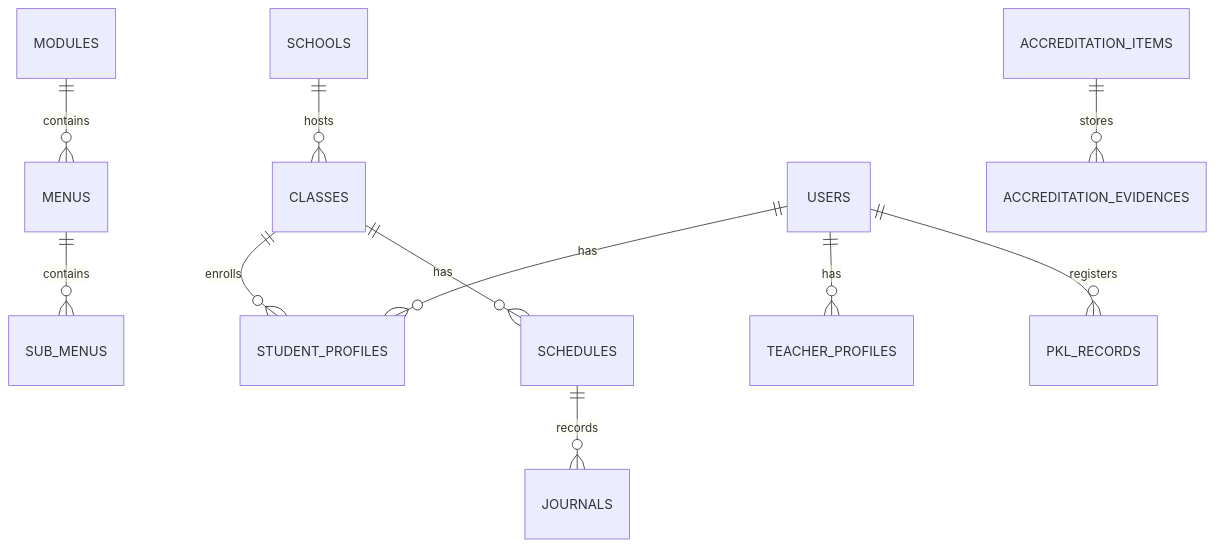
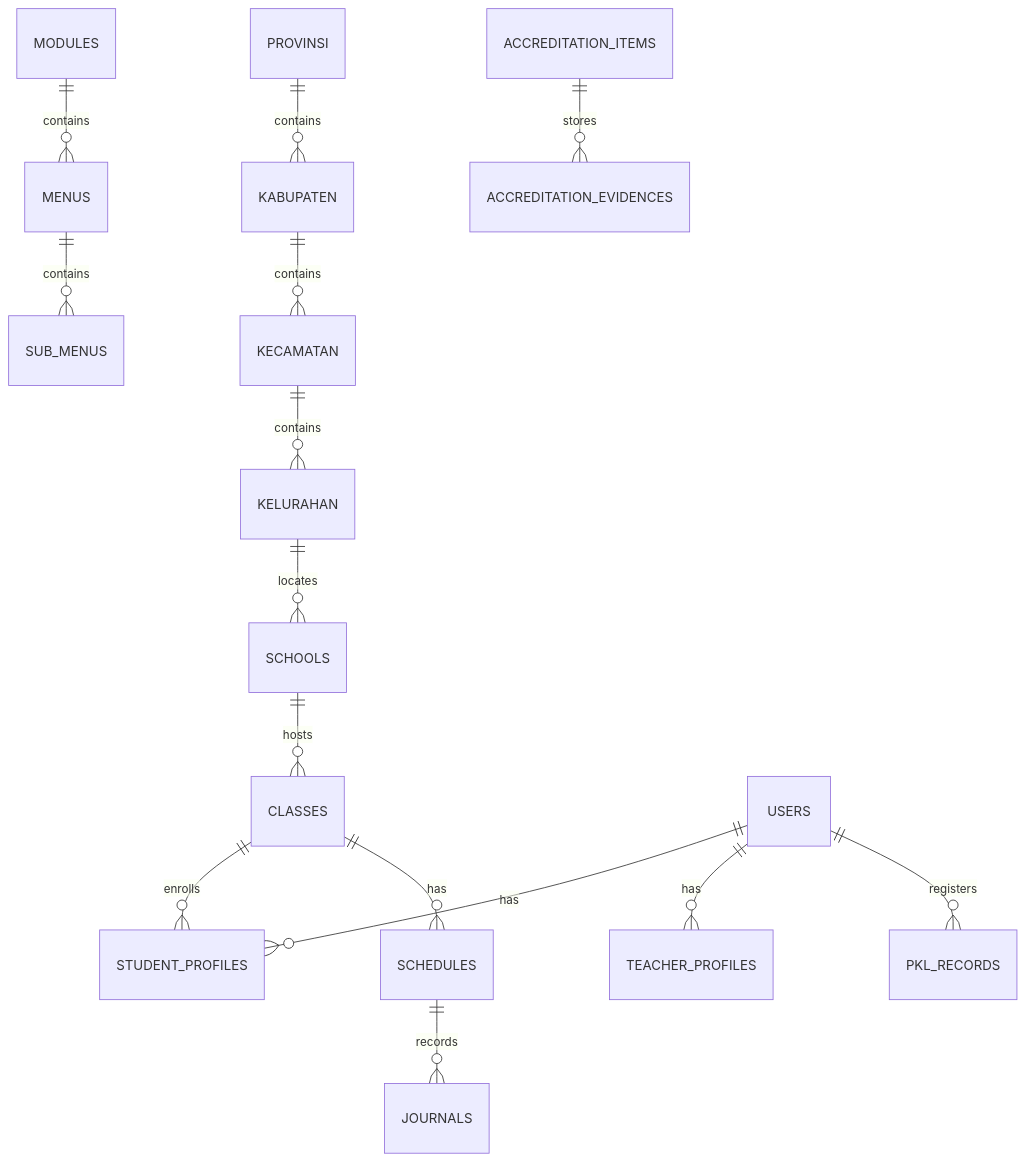
One commit to gh4ni404/infora_project changed the second of 2 diagrams in detail/DESIGN.md. Above: the diagram before and after it, drawn with Mermaid. The commit also changed other lines of this file and 5 other files, not shown here.

````diff
--- a/detail/DESIGN.md
+++ b/detail/DESIGN.md
@@ -159,13 +174,17 @@
 ```mermaid
 erDiagram
     MODULES ||--o{ MENUS : contains
     MENUS ||--o{ SUB_MENUS : contains
+    PROVINSI ||--o{ KABUPATEN : contains
+    KABUPATEN ||--o{ KECAMATAN : contains
+    KECAMATAN ||--o{ KELURAHAN : contains
+    KELURAHAN ||--o{ SCHOOLS : locates
     SCHOOLS ||--o{ CLASSES : hosts
     USERS ||--o{ STUDENT_PROFILES : has
     USERS ||--o{ TEACHER_PROFILES : has
     CLASSES ||--o{ STUDENT_PROFILES : enrolls
     CLASSES ||--o{ SCHEDULES : has
     SCHEDULES ||--o{ JOURNALS : records
     USERS ||--o{ PKL_RECORDS : registers
     ACCREDITATION_ITEMS ||--o{ ACCREDITATION_EVIDENCES : stores
 ```
````
